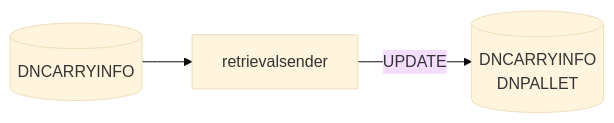
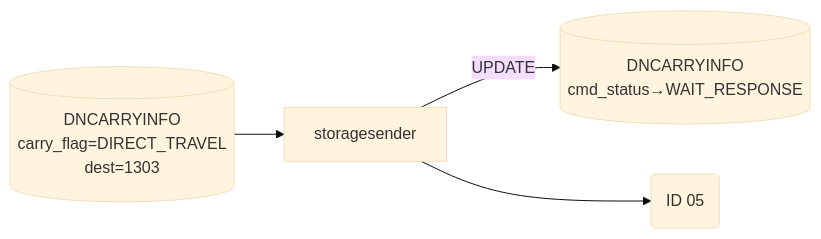
Diagram 11 of 17 in Basic-Design/DFD-WMS/QC-Setting/Retrieval-for-QC-Start.md (luthfiadityaa/SimeDarby-Wiki), drawn with Mermaid (base theme) before and after one commit. The commit also changed other lines of this file, not shown here.

```diff
--- a/Basic-Design/DFD-WMS/QC-Setting/Retrieval-for-QC-Start.md
+++ b/Basic-Design/DFD-WMS/QC-Setting/Retrieval-for-QC-Start.md
@@ -470,14 +498,19 @@
 ::: mermaid
 flowchart LR
 
-retrievalsender-input[("
+storagesender-input[("
 DNCARRYINFO
+carry_flag=DIRECT_TRAVEL
+dest=1303
 ")]
 
-retrievalsender-update[("
+storagesender-update[("
 DNCARRYINFO
-DNPALLET
+cmd_status→WAIT_RESPONSE
 ")]
 
-retrievalsender-input-->retrievalsender--> |UPDATE| retrievalsender-update
+id05msg("ID 05")
+
+storagesender-input-->storagesender--> |UPDATE| storagesender-update
+storagesender-->id05msg
 :::
```
